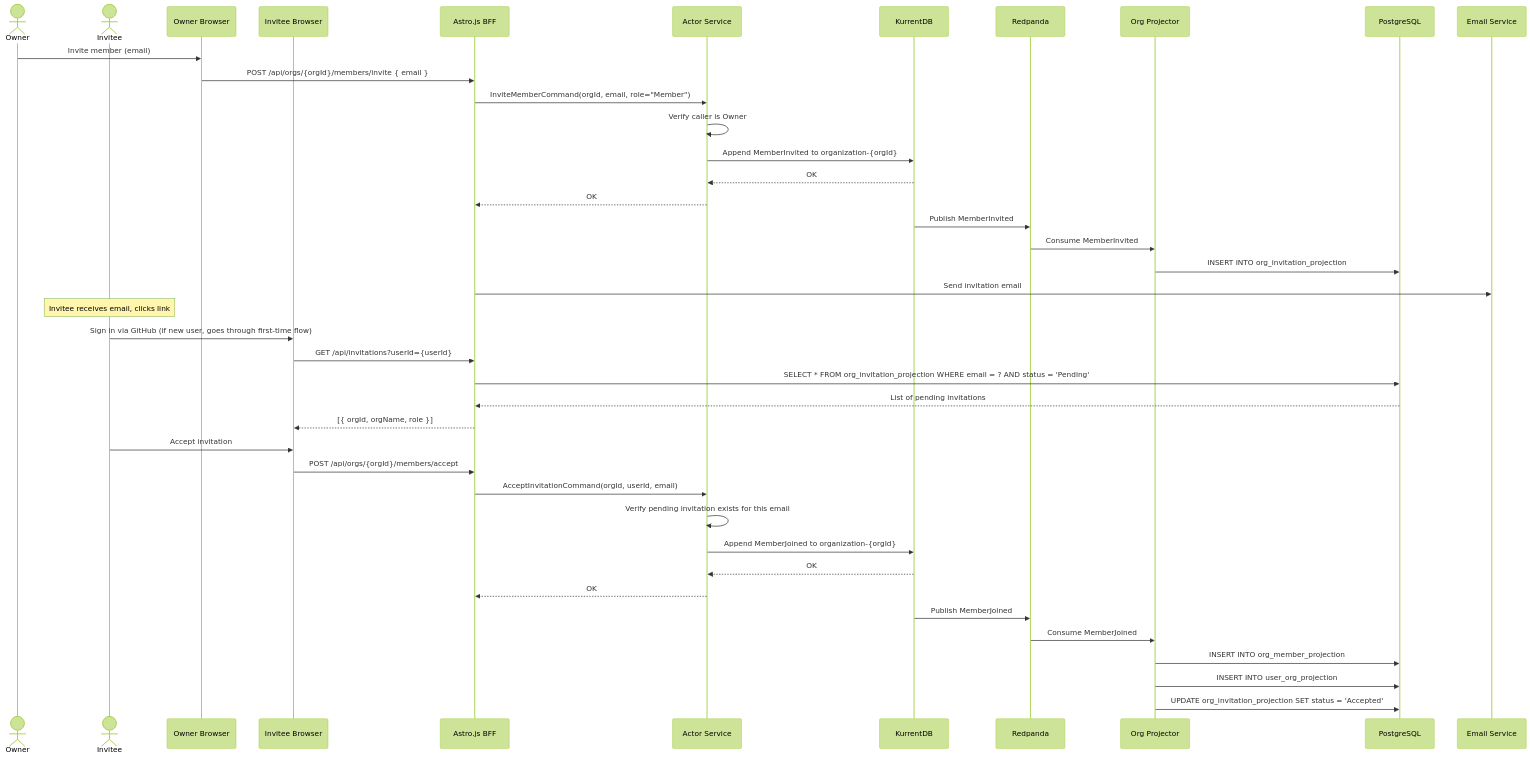
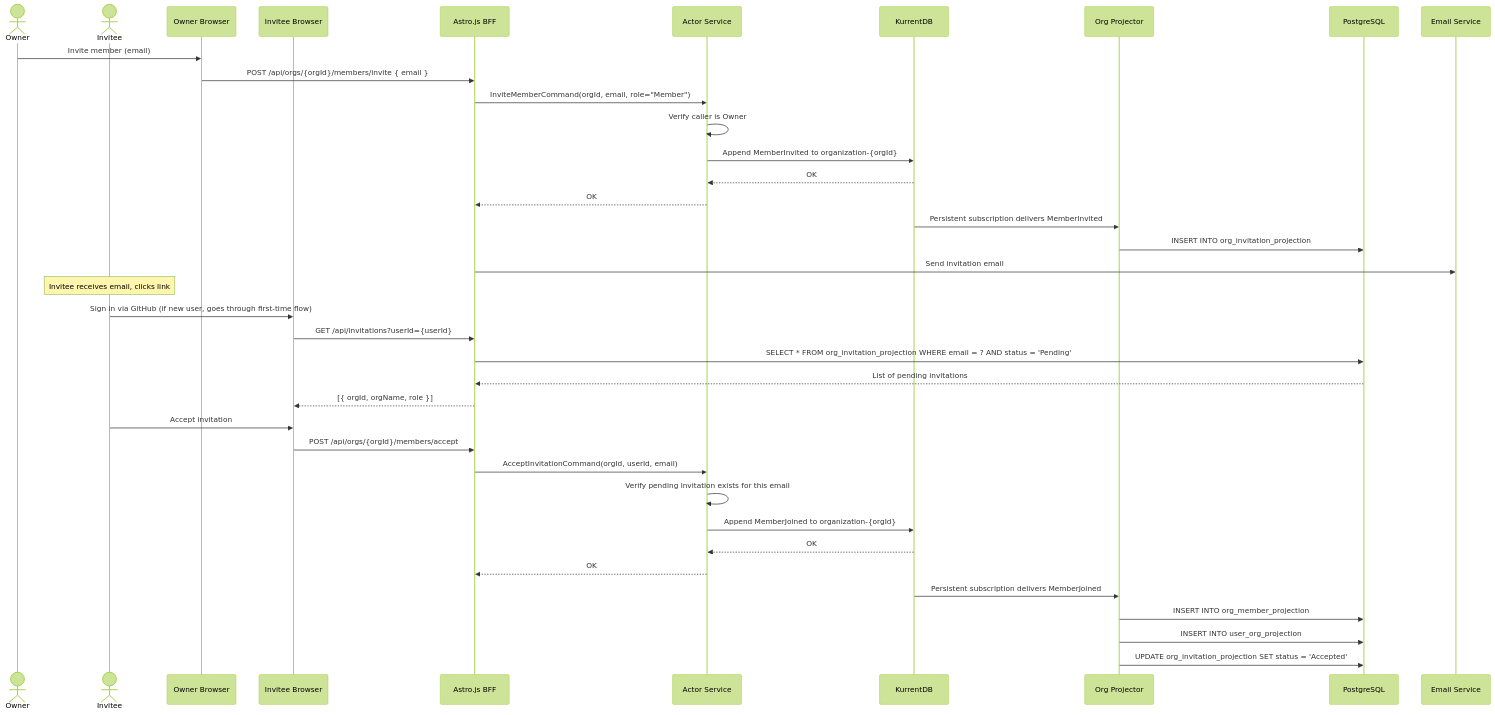
Diagram 11 of 15 in epics/01-epic-first-signin-org/architecture/architecture.md (lekhasy/Vut), drawn with Mermaid (forest theme) before and after one commit. The commit also changed other lines of this file and 16 other files, not shown here.

Commit message:
Architecture change to projecting directly from kurrent db

````diff
--- a/epics/01-epic-first-signin-org/architecture/architecture.md
+++ b/epics/01-epic-first-signin-org/architecture/architecture.md
@@ -850,50 +833,47 @@
 ```mermaid
 sequenceDiagram
     actor Owner
     actor Invitee
     participant Browser1 as Owner Browser
     participant Browser2 as Invitee Browser
     participant BFF as Astro.js BFF
     participant AS as Actor Service
     participant K as KurrentDB
-    participant RP as Redpanda
     participant PJ as Org Projector
     participant PG as PostgreSQL
     participant SMTP as Email Service
 
     Owner->>Browser1: Invite member (email)
     Browser1->>BFF: POST /api/orgs/{orgId}/members/invite { email }
     BFF->>AS: InviteMemberCommand(orgId, email, role="Member")
     AS->>AS: Verify caller is Owner
     AS->>K: Append MemberInvited to organization-{orgId}
     K-->>AS: OK
     AS-->>BFF: OK
-    K->>RP: Publish MemberInvited
 
-    RP->>PJ: Consume MemberInvited
+    K->>PJ: Persistent subscription delivers MemberInvited
     PJ->>PG: INSERT INTO org_invitation_projection
 
     BFF->>SMTP: Send invitation email
 
     Note over Invitee: Invitee receives email, clicks link
 
     Invitee->>Browser2: Sign in via GitHub (if new user, goes through first-time flow)
     Browser2->>BFF: GET /api/invitations?userId={userId}
     BFF->>PG: SELECT * FROM org_invitation_projection WHERE email = ? AND status = 'Pending'
     PG-->>BFF: List of pending invitations
     BFF-->>Browser2: [{ orgId, orgName, role }]
 
     Invitee->>Browser2: Accept invitation
     Browser2->>BFF: POST /api/orgs/{orgId}/members/accept
     BFF->>AS: AcceptInvitationCommand(orgId, userId, email)
     AS->>AS: Verify pending invitation exists for this email
     AS->>K: Append MemberJoined to organization-{orgId}
     K-->>AS: OK
     AS-->>BFF: OK
-    K->>RP: Publish MemberJoined
 
-    RP->>PJ: Consume MemberJoined
+    K->>PJ: Persistent subscription delivers MemberJoined
     PJ->>PG: INSERT INTO org_member_projection
     PJ->>PG: INSERT INTO user_org_projection
     PJ->>PG: UPDATE org_invitation_projection SET status = 'Accepted'
 ```
````
